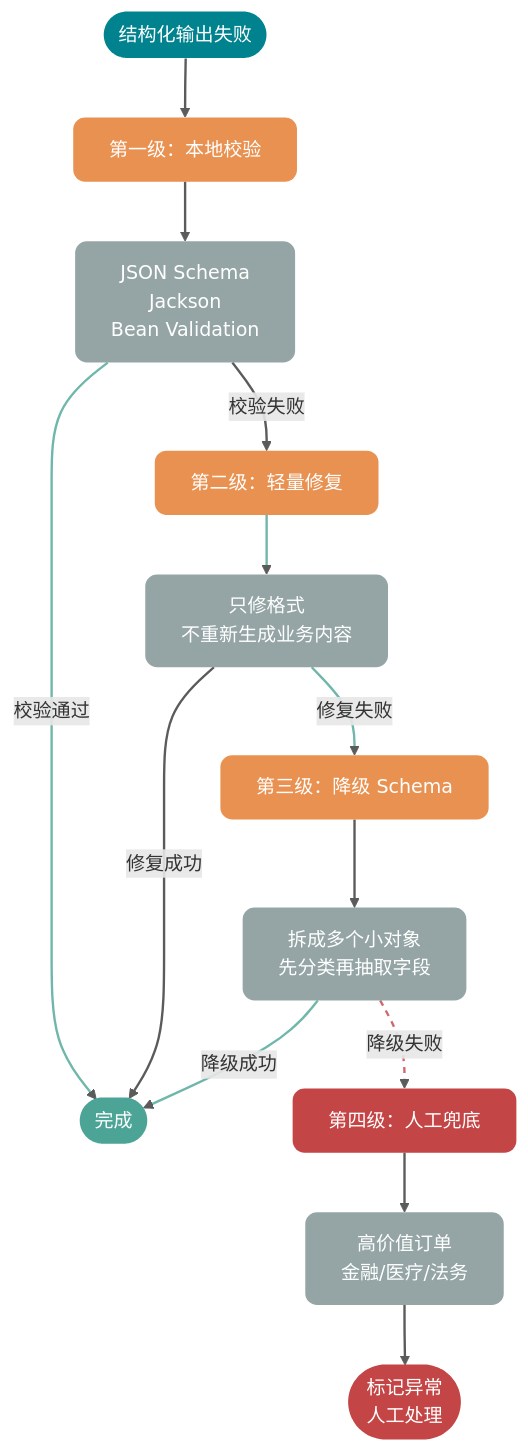
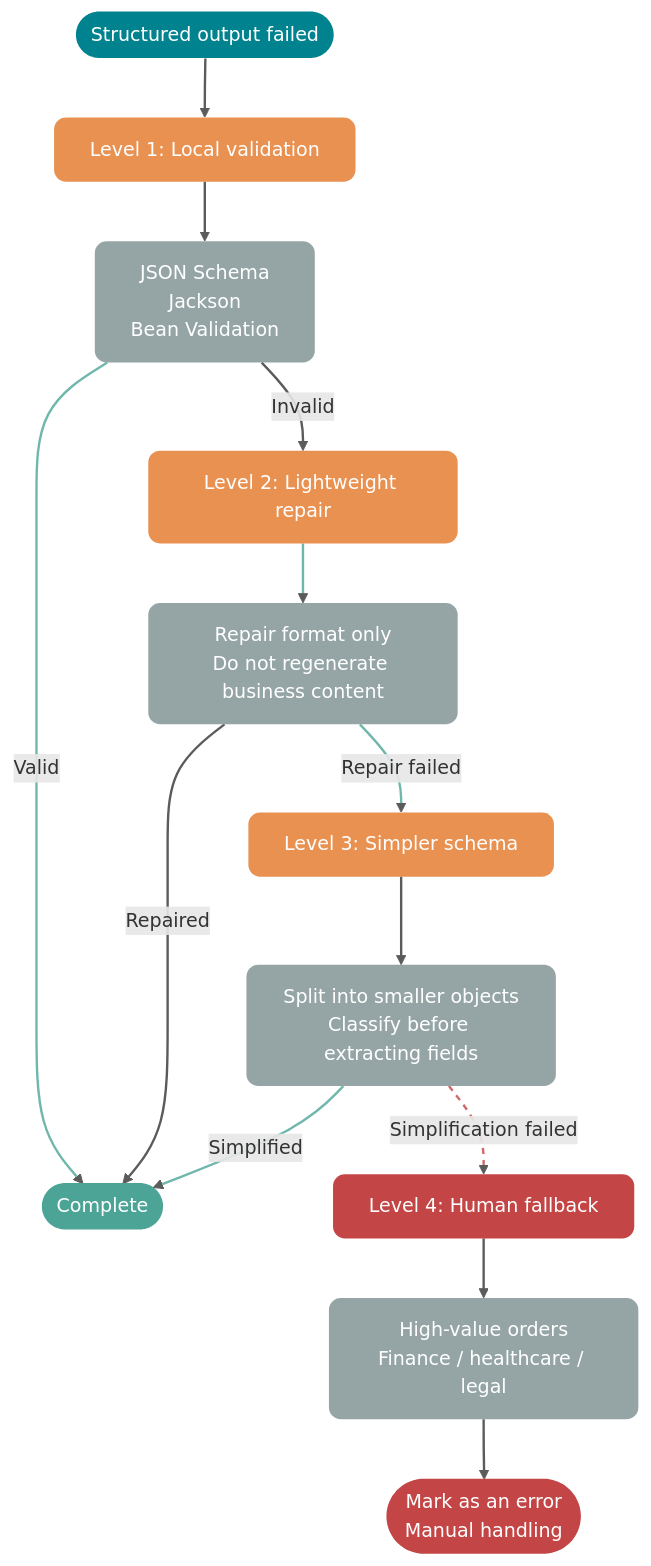
Before and after one commit to m3h3d1/JavaGuideEn: the third of 3 diagrams in docs/ai/llm-basis/llm-api-engineering.md, drawn with Mermaid. The commit also changed other lines of this file and 108 other files, not shown here.

````diff
--- a/docs/ai/llm-basis/llm-api-engineering.md
+++ b/docs/ai/llm-basis/llm-api-engineering.md
@@ -507,41 +507,41 @@
 ```mermaid
 flowchart TB
-    Start([结构化输出失败]):::client
-    L1["第一级：本地校验"]:::business
+    Start([Structured output failed]):::client
+    L1["Level 1: Local validation"]:::business
     L1A["JSON Schema\nJackson\nBean Validation"]:::info
 
-    L2["第二级：轻量修复"]:::business
-    L2A["只修格式\n不重新生成业务内容"]:::info
+    L2["Level 2: Lightweight repair"]:::business
+    L2A["Repair format only\nDo not regenerate business content"]:::info
 
-    L3["第三级：降级 Schema"]:::business
-    L3A["拆成多个小对象\n先分类再抽取字段"]:::info
+    L3["Level 3: Simpler schema"]:::business
+    L3A["Split into smaller objects\nClassify before extracting fields"]:::info
 
-    L4["第四级：人工兜底"]:::danger
-    L4A["高价值订单\n金融/医疗/法务"]:::info
+    L4["Level 4: Human fallback"]:::danger
+    L4A["High-value orders\nFinance / healthcare / legal"]:::info
 
-    Success([完成]):::success
-    Fail([标记异常\n人工处理]):::danger
+    Success([Complete]):::success
+    Fail([Mark as an error\nManual handling]):::danger
 
     Start --> L1
     L1 --> L1A
-    L1A -->|校验通过| Success
-    L1A -->|校验失败| L2
+    L1A -->|Valid| Success
+    L1A -->|Invalid| L2
     L2 --> L2A
-    L2A -->|修复成功| Success
-    L2A -->|修复失败| L3
+    L2A -->|Repaired| Success
+    L2A -->|Repair failed| L3
     L3 --> L3A
-    L3A -->|降级成功| Success
-    L3A -->|降级失败| L4
+    L3A -->|Simplified| Success
+    L3A -->|Simplification failed| L4
     L4 --> L4A --> Fail
 
     classDef client fill:#00838F,color:#FFFFFF,stroke:none,rx:10,ry:10
     classDef business fill:#E99151,color:#FFFFFF,stroke:none,rx:10,ry:10
     classDef success fill:#4CA497,color:#FFFFFF,stroke:none,rx:10,ry:10
     classDef danger fill:#C44545,color:#FFFFFF,stroke:none,rx:10,ry:10
     classDef warning fill:#F39C12,color:#FFFFFF,stroke:none,rx:10,ry:10
     classDef info fill:#95A5A6,color:#FFFFFF,stroke:none,rx:10,ry:10
 
     linkStyle default stroke-width:2px,stroke:#333333,opacity:0.8
     linkStyle 2,4,6,8 stroke:#4CA497,stroke-width:2px
     linkStyle 9 stroke:#C44545,stroke-width:2px,stroke-dasharray:5 5
 ```
````
